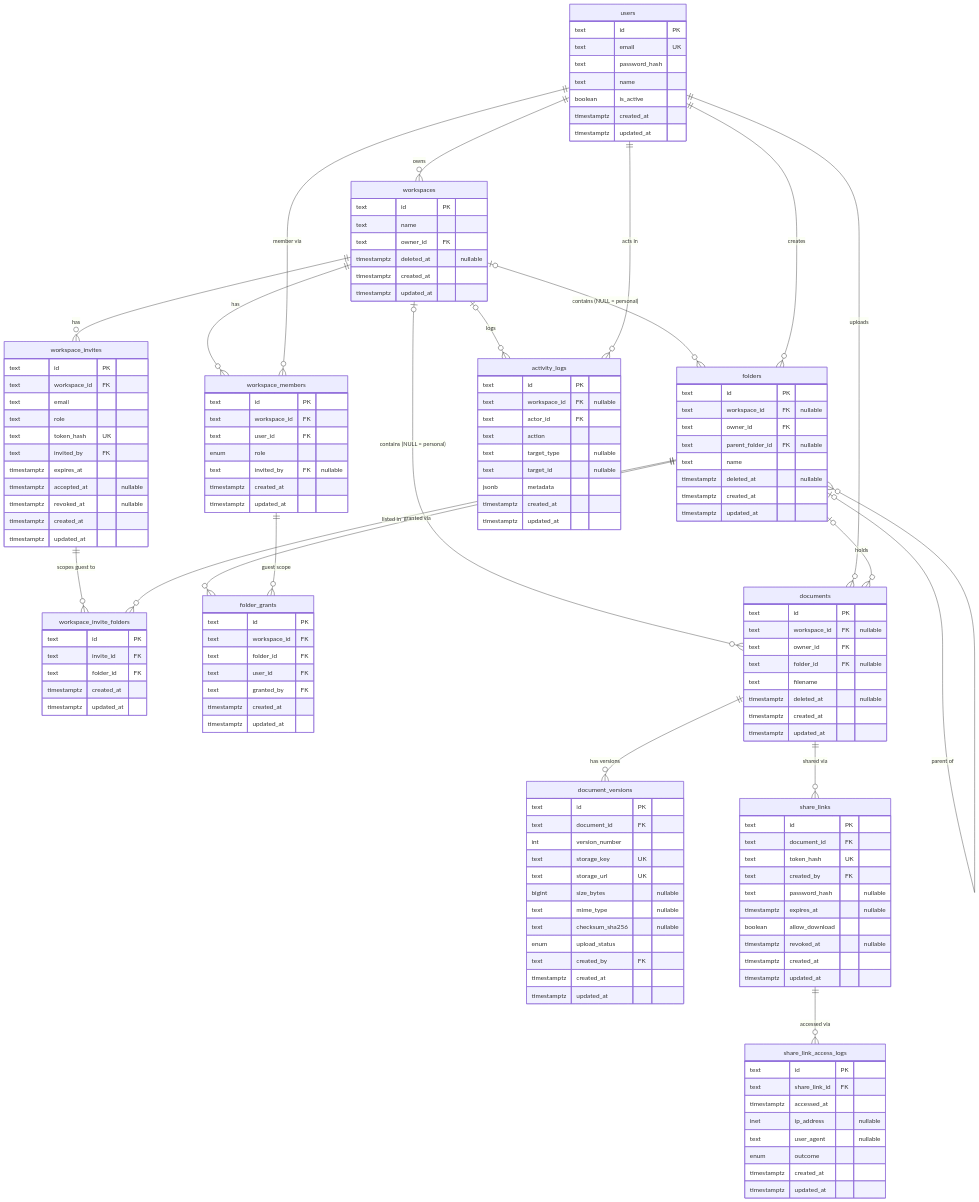
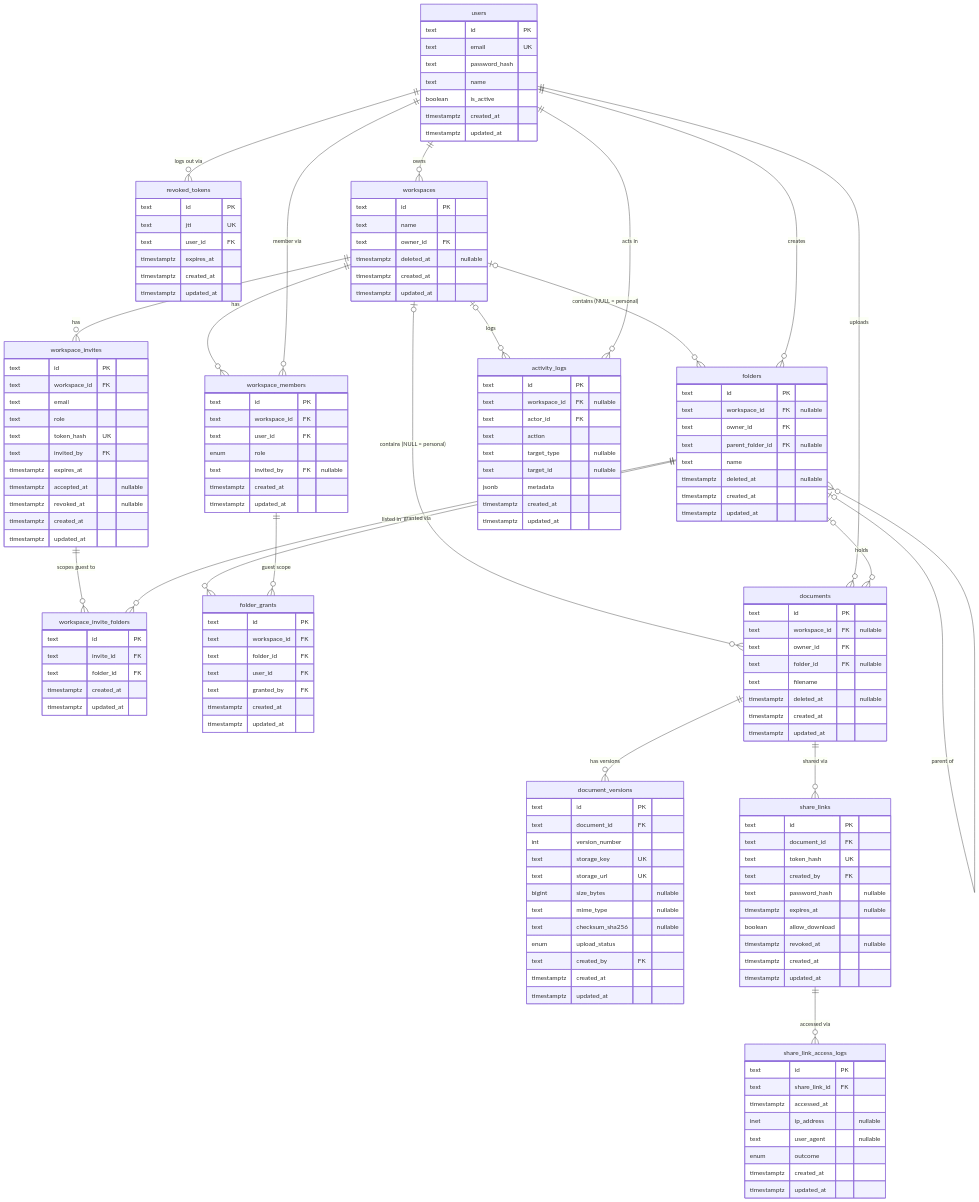
Before and after one commit to Amol892/DocVault: the diagram in PRD/04-database-schema.md, drawn with Mermaid. The commit also changed other lines of this file and 4 other files, not shown here.

Commit message:
DV-5: add revoked_tokens model and migration for JWT logout

````diff
--- a/PRD/04-database-schema.md
+++ b/PRD/04-database-schema.md
@@ -57,5 +57,6 @@
 ```mermaid
 erDiagram
+    users ||--o{ revoked_tokens : "logs out via"
     users ||--o{ workspaces : "owns"
     workspaces ||--o{ workspace_members : "has"
     users ||--o{ workspace_members : "member via"
@@ -82,6 +83,14 @@
         text password_hash
         text name
         boolean is_active
+        timestamptz created_at
+        timestamptz updated_at
+    }
+    revoked_tokens {
+        text id PK
+        text jti UK
+        text user_id FK
+        timestamptz expires_at
         timestamptz created_at
         timestamptz updated_at
     }
````
